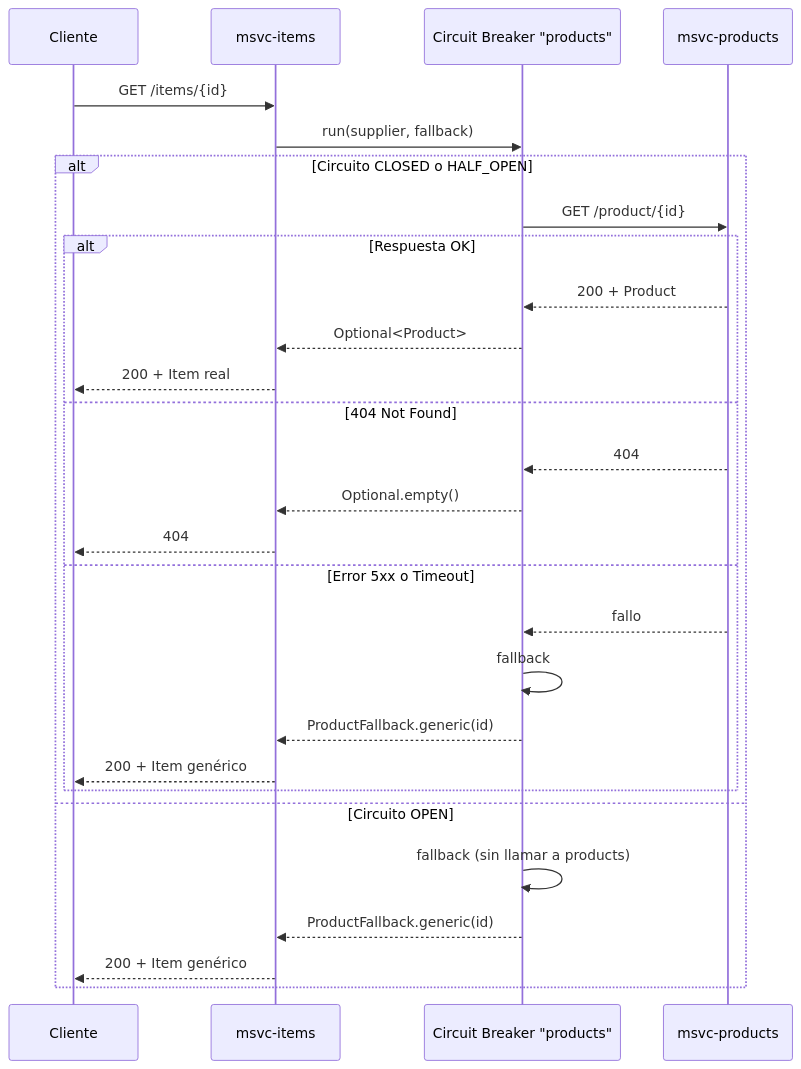
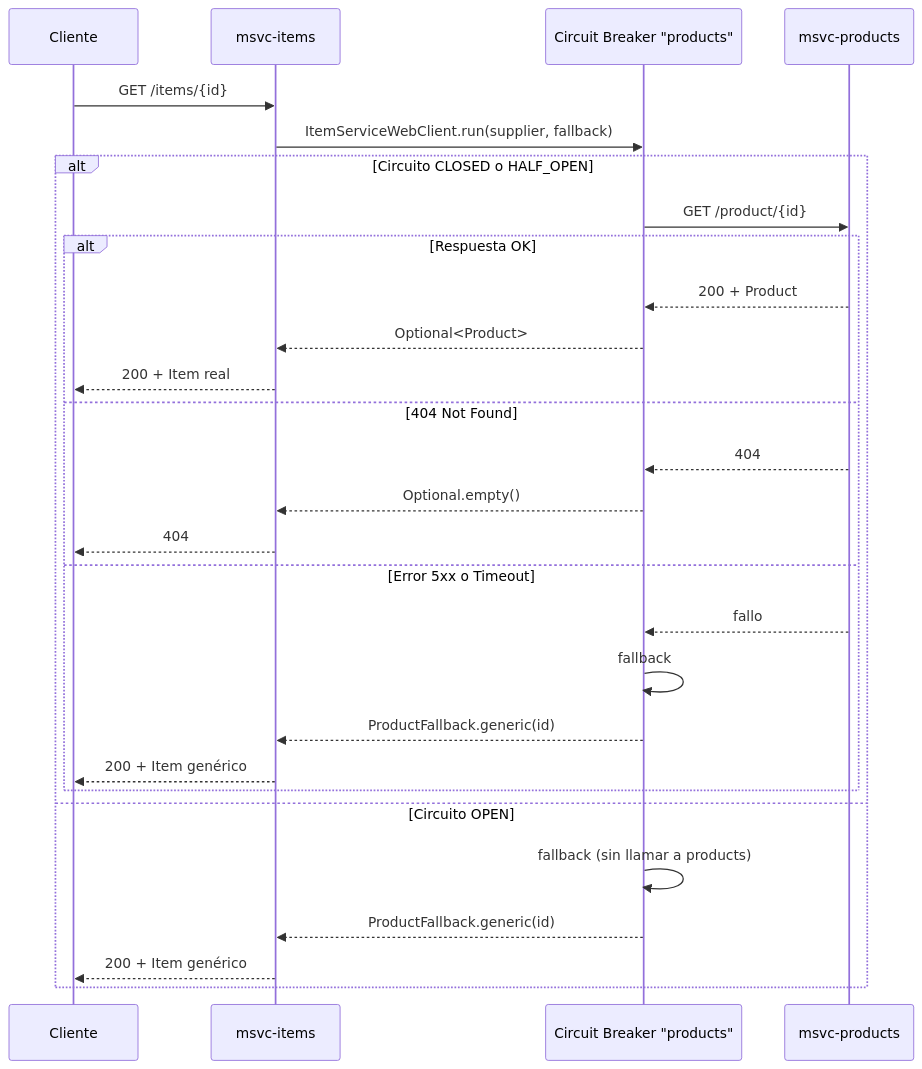
The first of 2 diagrams in CIRCUIT-BREAKER.md (niltonDevelop/msvc-items), drawn with Mermaid before and after one commit. The commit also changed other lines of this file and 7 other files, not shown here.

````diff
--- a/CIRCUIT-BREAKER.md
+++ b/CIRCUIT-BREAKER.md
@@ -45,32 +97,32 @@
 ```mermaid
 sequenceDiagram
     participant Cliente
     participant Items as msvc-items
     participant CB as Circuit Breaker "products"
     participant Products as msvc-products
 
     Cliente->>Items: GET /items/{id}
-    Items->>CB: run(supplier, fallback)
+    Items->>CB: ItemServiceWebClient.run(supplier, fallback)
 
     alt Circuito CLOSED o HALF_OPEN
         CB->>Products: GET /product/{id}
         alt Respuesta OK
             Products-->>CB: 200 + Product
             CB-->>Items: Optional<Product>
             Items-->>Cliente: 200 + Item real
         else 404 Not Found
             Products-->>CB: 404
             CB-->>Items: Optional.empty()
             Items-->>Cliente: 404
         else Error 5xx o Timeout
             Products-->>CB: fallo
             CB->>CB: fallback
             CB-->>Items: ProductFallback.generic(id)
             Items-->>Cliente: 200 + Item genérico
         end
     else Circuito OPEN
         CB->>CB: fallback (sin llamar a products)
         CB-->>Items: ProductFallback.generic(id)
         Items-->>Cliente: 200 + Item genérico
     end
 ```
````
